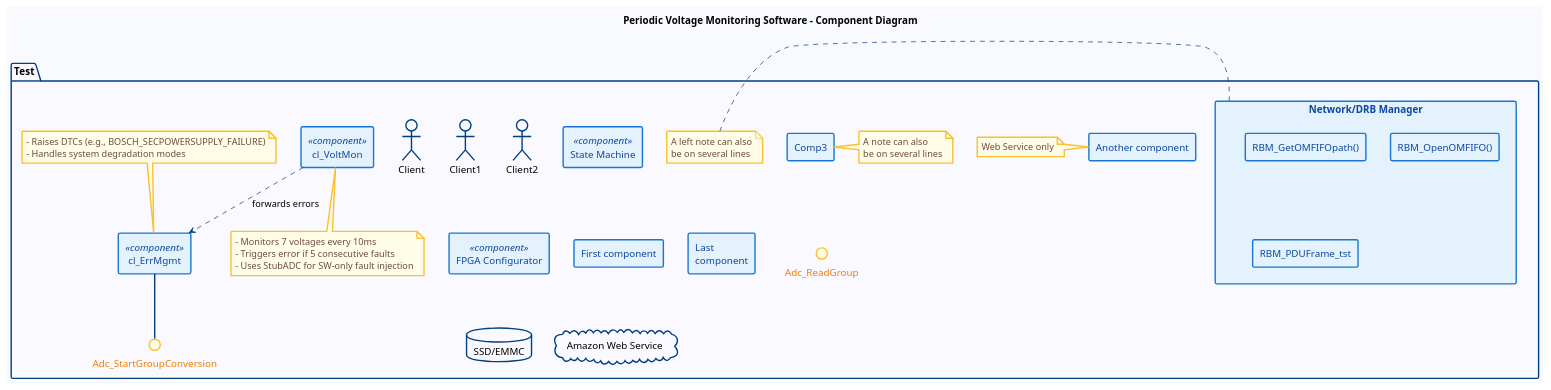
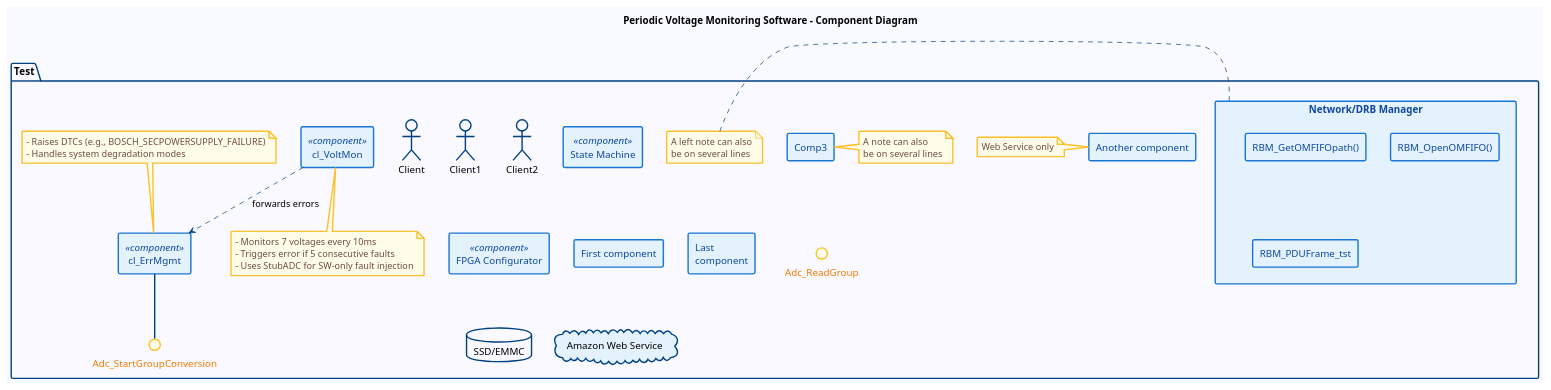
Before and after one commit to balajirajan87/Rhaosody_pluggin_GenAI: the diagram in puml-parser-py/data/samples/component/component_diagram_1.puml, drawn with PlantUML. The commit also changed 1 other file, not shown here.

```diff
--- a/puml-parser-py/data/samples/component/component_diagram_1.puml
+++ b/puml-parser-py/data/samples/component/component_diagram_1.puml
@@ -1,94 +1,94 @@
 @startuml
 ' Global style for clarity
 <style>
 componentDiagram {
   BackGroundColor #f9f9ff
   LineThickness 2
   LineColor #004080
 }
 </style>
 ' Global style for clarity
 skinparam componentStyle rectangle
 skinparam backgroundColor #f8faff
 
 skinparam component {
   BackgroundColor #e3f2fd
   BorderColor #1976d2
   FontColor #0d47a1
 }
 skinparam interface {
   BackgroundColor #fffde7
   BorderColor #fbc02d
   FontColor #f57c00
 }
 skinparam note {
   BackgroundColor #fffde7
   BorderColor #fbc02d
   FontColor #6d4c41
 }
 
 title Periodic Voltage Monitoring Software - Component Diagram
 
 package "Test" {
   ' External Client/Middleware
   actor Client
 
   actor Client1
 
   actor Client2
 
   [cl_VoltMon] as VoltMon <<component>>
   [cl_ErrMgmt] as ErrMgmt <<component>>
   [State Machine] <<component>>
   [FPGA Configurator] <<component>>
 
   [First component]
   [Another component] as Comp2
   component Comp3
   component [Last\ncomponent] as Comp4
 
   ' Network/DRB Manager
   component "Network/DRB Manager" as DRBMgr {
     [RBM_GetOMFIFOpath()]
     [RBM_OpenOMFIFO()]
     [RBM_PDUFrame_tst]
   }
 
   interface "Adc_StartGroupConversion" as I_StartGroupConversion
   interface "Adc_ReadGroup" as I_ReadGroup
 
   ErrMgmt -- I_StartGroupConversion
 
   VoltMon ..> ErrMgmt : forwards errors
 
   ' NOTES for clarity
   note bottom of VoltMon
     - Monitors 7 voltages every 10ms
     - Triggers error if 5 consecutive faults
     - Uses StubADC for SW-only fault injection
   end note
 
   note top of ErrMgmt
     - Raises DTCs (e.g., BOSCH_SECPOWERSUPPLY_FAILURE)
     - Handles system degradation modes
   end note
 
   note left of Comp2 : Web Service only
 
   note right of Comp3
     A note can also
     be on several lines
   end note
 
   note left of DRBMgr
     A left note can also
     be on several lines
   end note
 
   ' Storage Devices
-  database "SSD/EMMC" as Storage
+  database "SSD/EMMC" as Storage 
 
-  cloud "Amazon Web Service " as AWS
+  cloud "Amazon Web Service " as AWS #e3f2fd
 }
 
 @enduml
```
